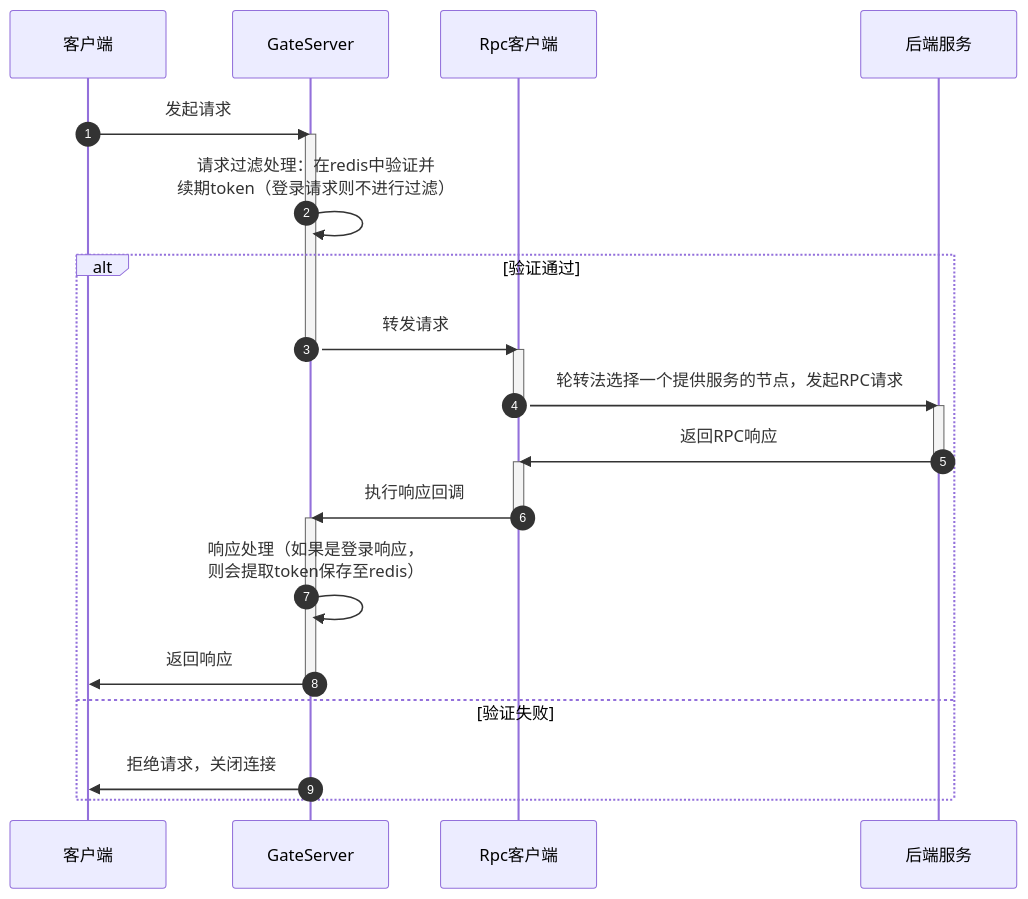
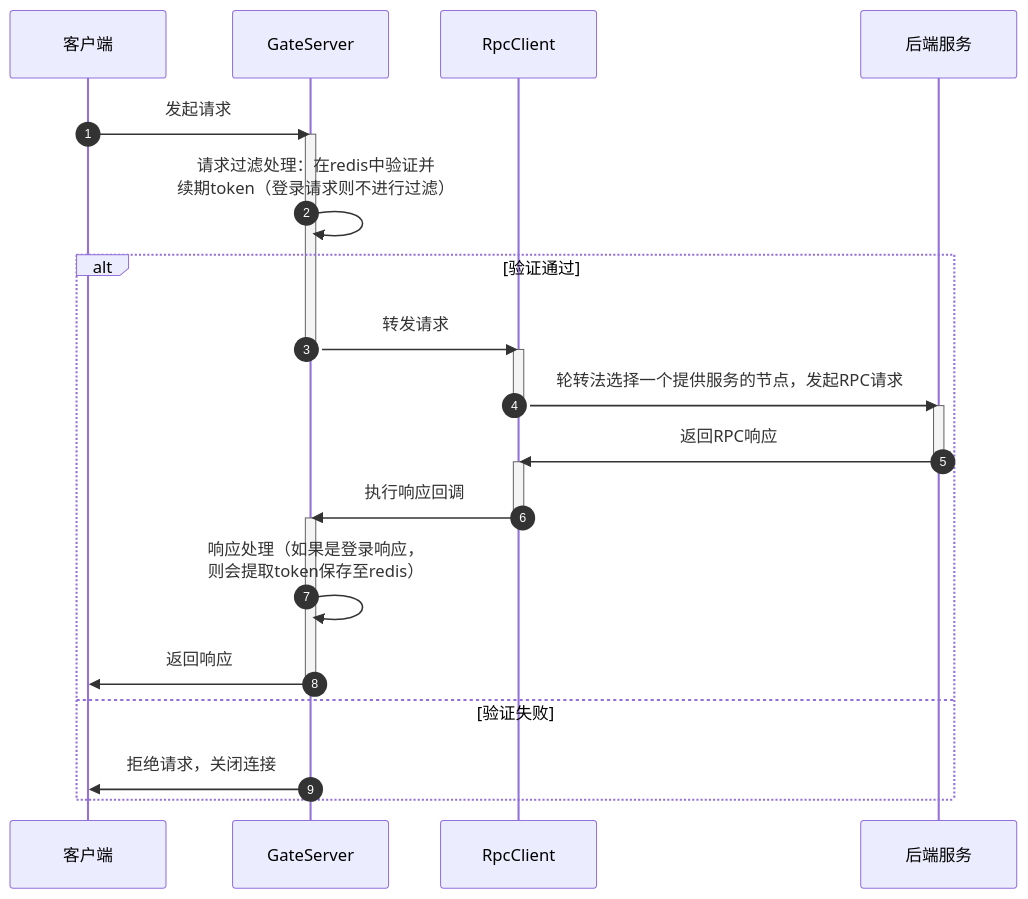
The first of 9 diagrams in game/README.md (MYMarcoreus/GameServer), drawn with Mermaid before and after one commit. The commit also changed other lines of this file and 69 other files, not shown here.

````diff
--- a/game/README.md
+++ b/game/README.md
@@ -5,38 +5,38 @@
 ```mermaid
 sequenceDiagram
     autonumber
     participant Client as 客户端
     participant GateServer as GateServer
-    participant RpcClient as Rpc客户端
+    participant RpcClient as RpcClient
     participant BackendService as 后端服务
 
     Client->>GateServer: 发起请求
     activate GateServer
     GateServer->>GateServer: 请求过滤处理：在redis中验证并<br>续期token（登录请求则不进行过滤）
     
     alt 验证通过
         GateServer->>RpcClient: 转发请求
         deactivate GateServer
         
         activate RpcClient
         RpcClient->>BackendService: 轮转法选择一个提供服务的节点，发起RPC请求
         deactivate RpcClient
         
         activate BackendService
         BackendService->>RpcClient: 返回RPC响应
         deactivate BackendService
         
         activate RpcClient
         RpcClient->>GateServer: 执行响应回调
         deactivate RpcClient
         
         activate GateServer
         GateServer->>GateServer: 响应处理（如果是登录响应，<br>则会提取token保存至redis）
         GateServer->>Client: 返回响应
         deactivate GateServer
     else 验证失败
         GateServer->>Client: 拒绝请求，关闭连接
     end
     
     
 ```
````
